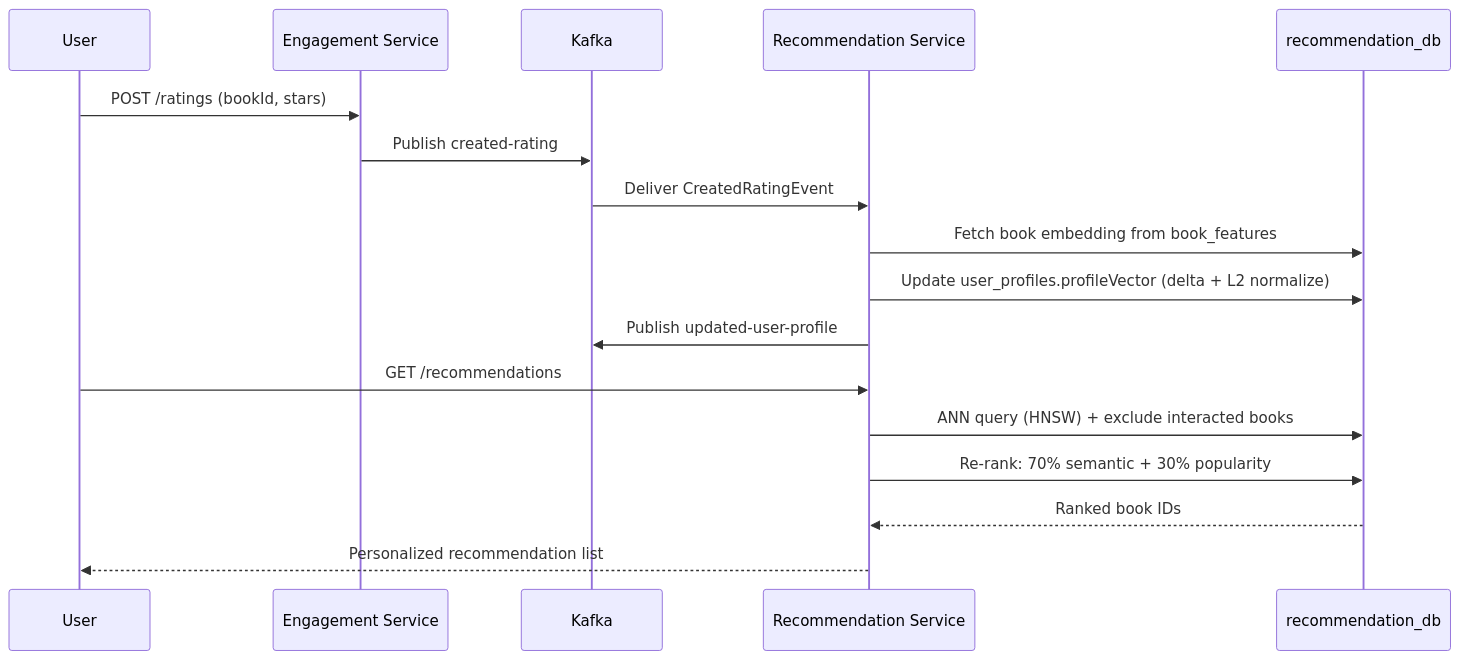
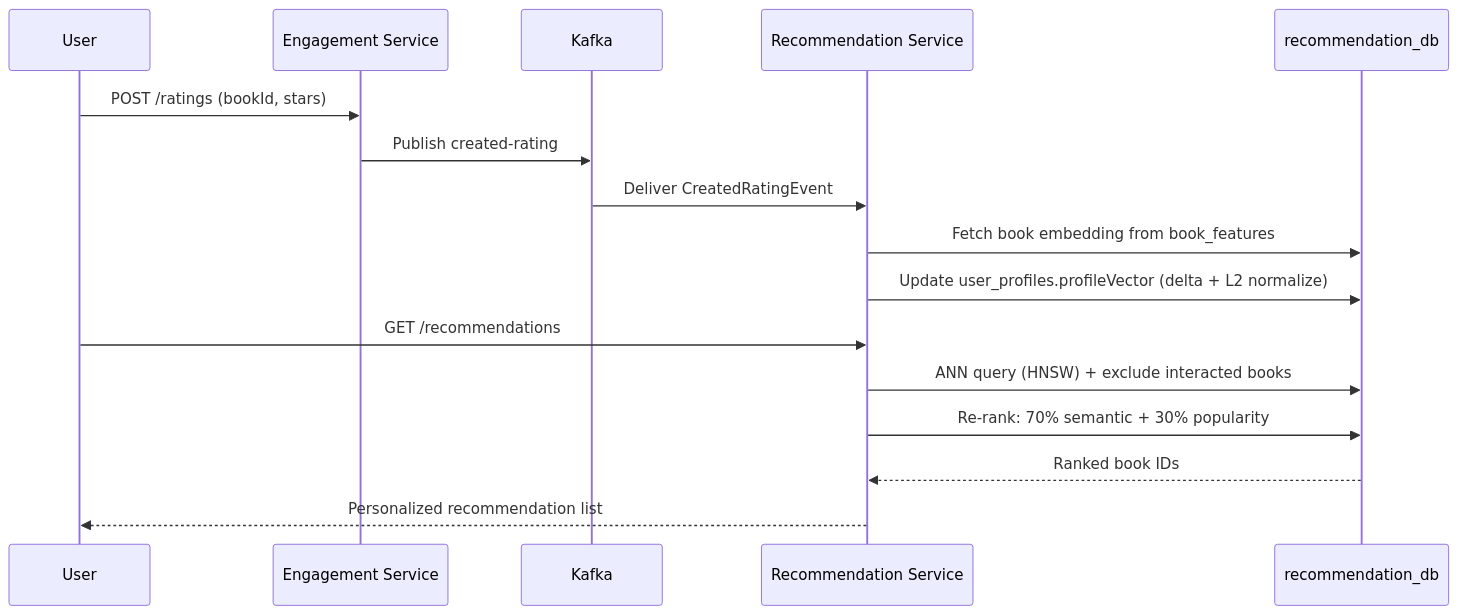
One commit to Luca5Eckert/VellumHub changed the fourth of 5 diagrams in README.md. Above: the diagram before and after it, drawn with Mermaid. The commit also changed other lines of this file and 2 other files, not shown here.

````diff
--- a/README.md
+++ b/README.md
@@ -379,21 +376,20 @@
 ```mermaid
 sequenceDiagram
     participant User
     participant ES as Engagement Service
     participant K as Kafka
     participant RS as Recommendation Service
     participant DB as recommendation_db
 
     User->>ES: POST /ratings (bookId, stars)
     ES->>K: Publish created-rating
     K->>RS: Deliver CreatedRatingEvent
     RS->>DB: Fetch book embedding from book_features
     RS->>DB: Update user_profiles.profileVector (delta + L2 normalize)
-    RS->>K: Publish updated-user-profile
 
     User->>RS: GET /recommendations
     RS->>DB: ANN query (HNSW) + exclude interacted books
     RS->>DB: Re-rank: 70% semantic + 30% popularity
     DB-->>RS: Ranked book IDs
     RS-->>User: Personalized recommendation list
 ```
````
